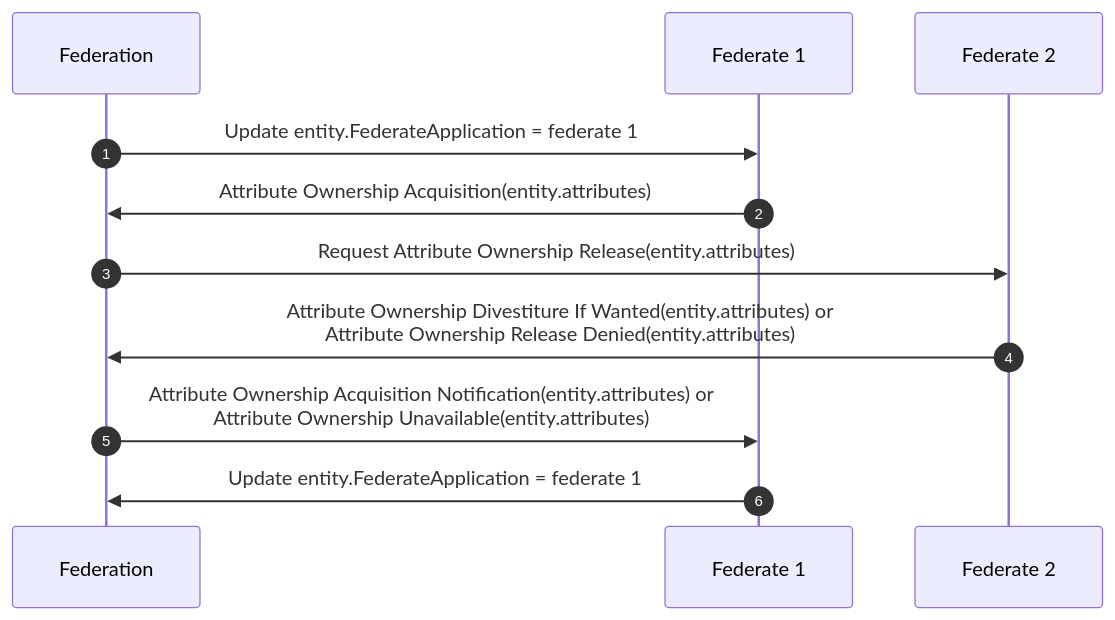
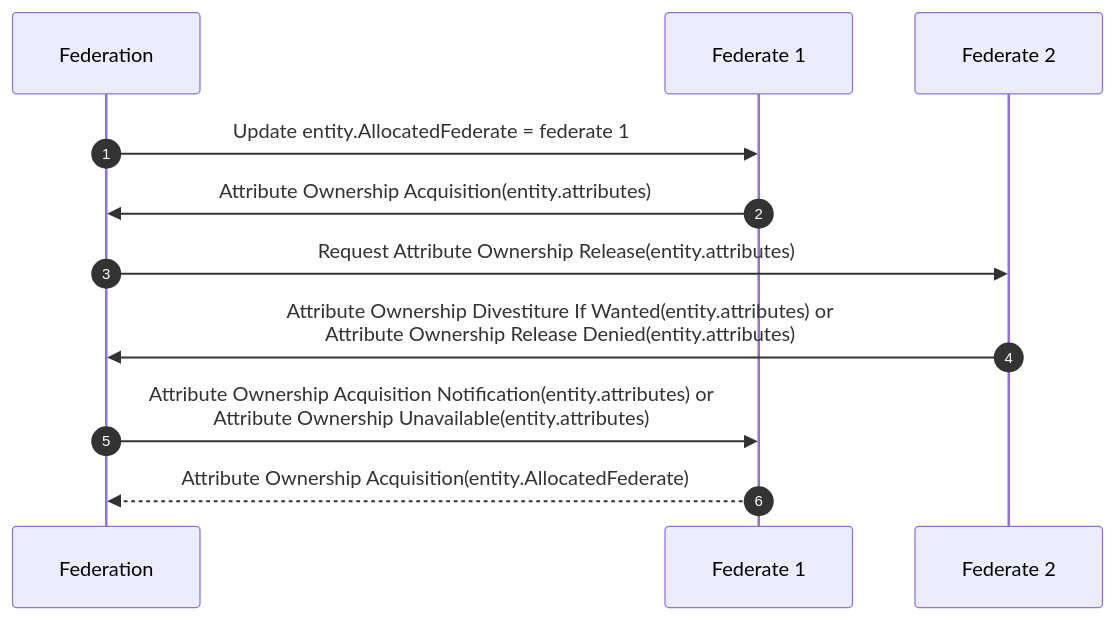
Before and after one commit to AMSP-04/NETN-TMR: the first of 5 diagrams in NETN-TMR.md, drawn with Mermaid. The commit also changed other lines of this file and 2 other files, not shown here.

````diff
--- a/NETN-TMR.md
+++ b/NETN-TMR.md
@@ -64,10 +39,11 @@
-``` mermaid
-sequenceDiagram
+``` mermaid 
+ 
+sequenceDiagram 
 autonumber
-Federation->>Federate 1:Update entity.FederateApplication = federate 1
+Federation->>Federate 1:Update entity.AllocatedFederate = federate 1 
 Federate 1->>Federation:Attribute Ownership Acquisition(entity.attributes) 
 Federation->>Federate 2:Request Attribute Ownership Release(entity.attributes) 
-Federate 2->>Federation:Attribute Ownership Divestiture If Wanted(entity.attributes) or <br> Attribute Ownership Release Denied(entity.attributes)
-Federation->>Federate 1:Attribute Ownership Acquisition Notification(entity.attributes) or <br> Attribute Ownership Unavailable(entity.attributes)
-Federate 1->>Federation:Update entity.FederateApplication = federate 1
+Federate 2->>Federation:Attribute Ownership Divestiture If Wanted(entity.attributes) or <br> Attribute Ownership Release Denied(entity.attributes) 
+Federation->>Federate 1:Attribute Ownership Acquisition Notification(entity.attributes) or <br> Attribute Ownership Unavailable(entity.attributes) 
+Federate 1-->>Federation:Attribute Ownership Acquisition(entity.AllocatedFederate)
 ``` 
````
